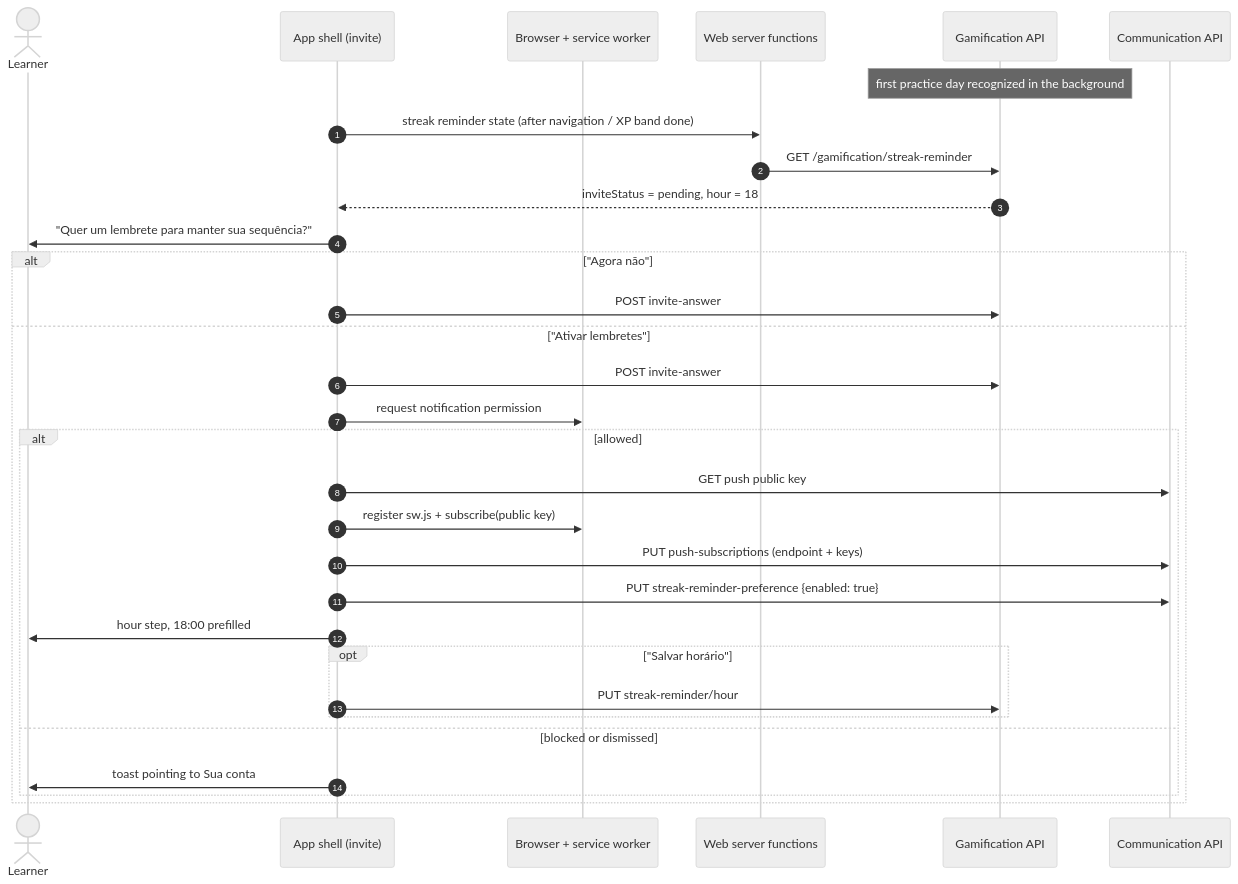
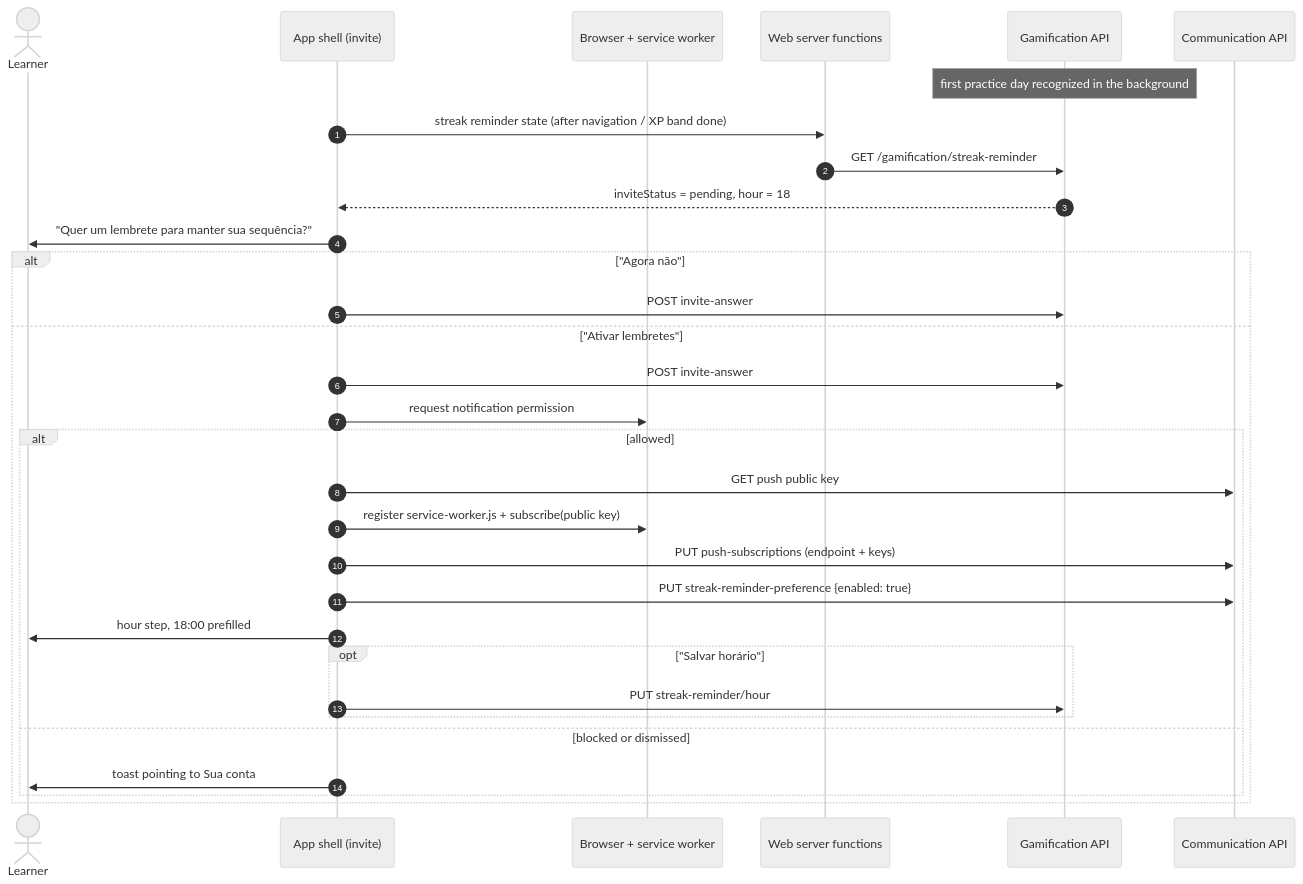
One commit to CtrI-Alt-Del/shifu changed the third of 4 diagrams in documentation/features/gamification/streak-reminder/spec.md. Above: the diagram before and after it, drawn with Mermaid (neutral theme). The commit also changed other lines of this file and 2 other files, not shown here.

````diff
--- a/documentation/features/gamification/streak-reminder/spec.md
+++ b/documentation/features/gamification/streak-reminder/spec.md
@@ -1058,34 +1096,34 @@
 ```mermaid
 sequenceDiagram
     autonumber
     actor L as Learner
     participant Shell as App shell (invite)
     participant Browser as Browser + service worker
     participant BFF as Web server functions
     participant G as Gamification API
     participant C as Communication API
 
     Note over G: first practice day recognized in the background
     Shell->>BFF: streak reminder state (after navigation / XP band done)
     BFF->>G: GET /gamification/streak-reminder
     G-->>Shell: inviteStatus = pending, hour = 18
     Shell->>L: "Quer um lembrete para manter sua sequência?"
     alt "Agora não"
         Shell->>G: POST invite-answer
     else "Ativar lembretes"
         Shell->>G: POST invite-answer
         Shell->>Browser: request notification permission
         alt allowed
             Shell->>C: GET push public key
-            Shell->>Browser: register sw.js + subscribe(public key)
+            Shell->>Browser: register service-worker.js + subscribe(public key)
             Shell->>C: PUT push-subscriptions (endpoint + keys)
             Shell->>C: PUT streak-reminder-preference {enabled: true}
             Shell->>L: hour step, 18:00 prefilled
             opt "Salvar horário"
                 Shell->>G: PUT streak-reminder/hour
             end
         else blocked or dismissed
             Shell->>L: toast pointing to Sua conta
         end
     end
 ```
````
